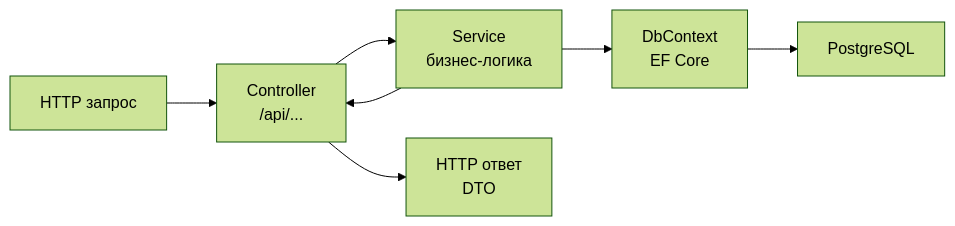
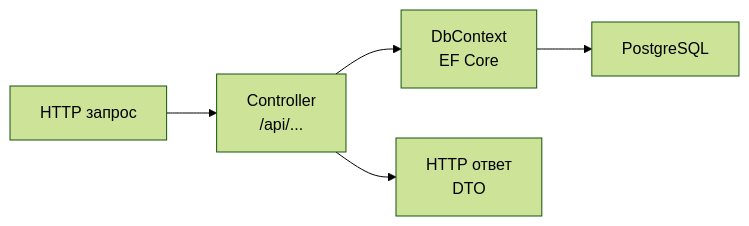
One commit to noexabwuy/praktika_tz changed the second of 2 diagrams in docs/architecture.md. Above: the diagram before and after it, drawn with Mermaid (forest theme). The commit also changed other lines of this file and 2 other files, not shown here.

````diff
--- a/docs/architecture.md
+++ b/docs/architecture.md
@@ -37,9 +38,7 @@
 ```mermaid
 graph LR
     REQ["HTTP запрос"] --> CTR["Controller\n/api/..."]
-    CTR --> SVC["Service\nбизнес-логика"]
-    SVC --> REP["DbContext\nEF Core"]
-    REP --> DB["PostgreSQL"]
-    SVC --> CTR
+    CTR --> CTX["DbContext\nEF Core"]
+    CTX --> DB["PostgreSQL"]
     CTR --> RES["HTTP ответ\nDTO"]
 ```
````
